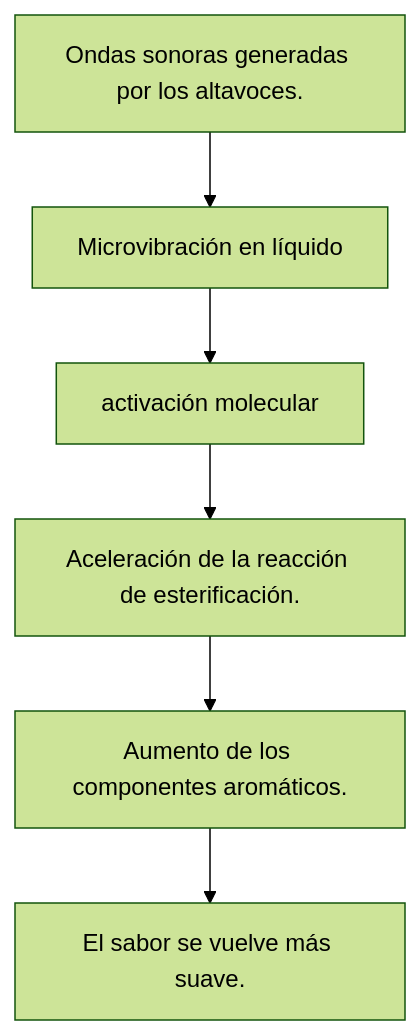
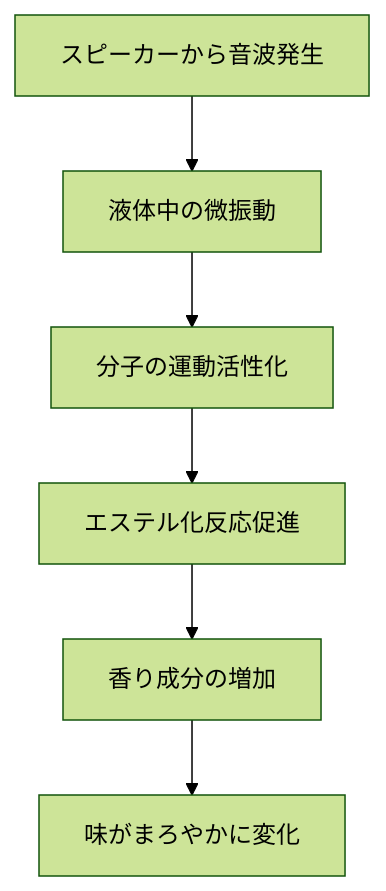
One commit to monumental-movement/monumental-movement.github.io changed the first of 5 diagrams in es/_posts/2025-11-01-column-shochu-sound-aging.md. Above: the diagram before and after it, drawn with Mermaid (forest theme). The commit also changed other lines of this file and 299 other files, not shown here.

```diff
--- a/es/_posts/2025-11-01-column-shochu-sound-aging.md
+++ b/es/_posts/2025-11-01-column-shochu-sound-aging.md
@@ -162,11 +162,11 @@
 <div class="mermaid">
 
 graph TD
-A[Ondas sonoras generadas por los altavoces.] --> B[Microvibración en líquido]
-B --> C[activación molecular]
-C --> D[Aceleración de la reacción de esterificación.]
-D --> E[Aumento de los componentes aromáticos.]
-E --> F[El sabor se vuelve más suave.]
+A[スピーカーから音波発生] --> B[液体中の微振動]
+B --> C[分子の運動活性化]
+C --> D[エステル化反応促進]
+D --> E[香り成分の増加]
+E --> F[味がまろやかに変化]
 
 
 </div>
```
